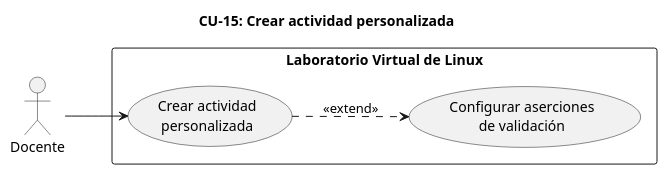
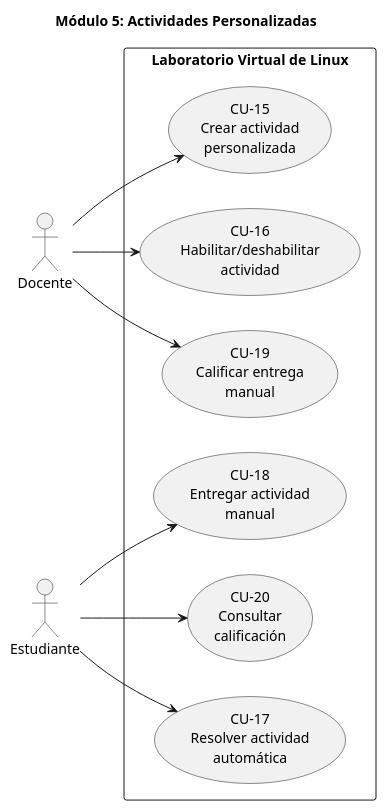
Before and after one commit to LinuxLab-UFPS/LinuxLab: diagram 19 of 35 in docs/annexes/cu-especificacion.md, drawn with PlantUML. The commit also changed other lines of this file and 1 other file, not shown here.

Commit message:
feat: add detailed use case specifications and diagrams for modules 1 to 8

````diff
--- a/docs/annexes/cu-especificacion.md
+++ b/docs/annexes/cu-especificacion.md
@@ -1312,18 +1138,27 @@
 ```plantuml
 @startuml
 left to right direction
 
-title CU-15: Crear actividad personalizada
+title Módulo 5: Actividades Personalizadas
 
 rectangle "Laboratorio Virtual de Linux" {
-  usecase "Crear actividad\npersonalizada" as UC15
-  usecase "Configurar aserciones\nde validación" as UC15a
+  usecase "CU-15\nCrear actividad\npersonalizada" as M5UC15
+  usecase "CU-16\nHabilitar/deshabilitar\nactividad" as M5UC16
+  usecase "CU-17\nResolver actividad\nautomática" as M5UC17
+  usecase "CU-18\nEntregar actividad\nmanual" as M5UC18
+  usecase "CU-19\nCalificar entrega\nmanual" as M5UC19
+  usecase "CU-20\nConsultar\ncalificación" as M5UC20
 }
 
 actor "Docente" as Doc
+actor "Estudiante" as Est
 
-Doc --> UC15
-UC15 ..> UC15a : <<extend>>
+Doc --> M5UC15
+Doc --> M5UC16
+Doc --> M5UC19
+Est --> M5UC17
+Est --> M5UC18
+Est --> M5UC20
 
 @enduml
 ```
````
